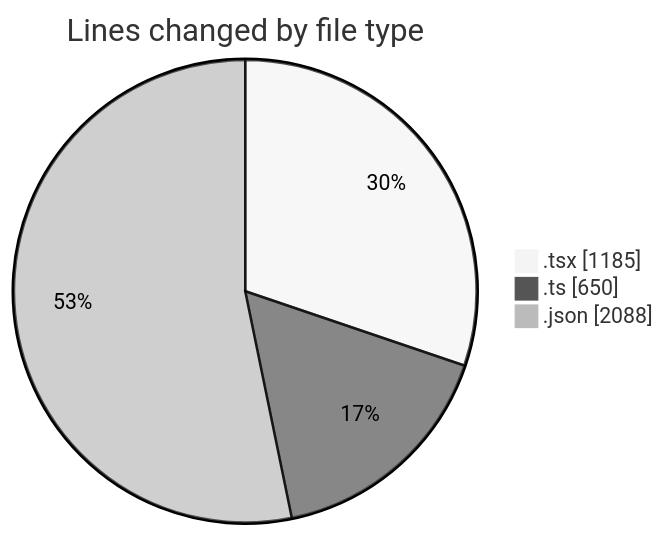
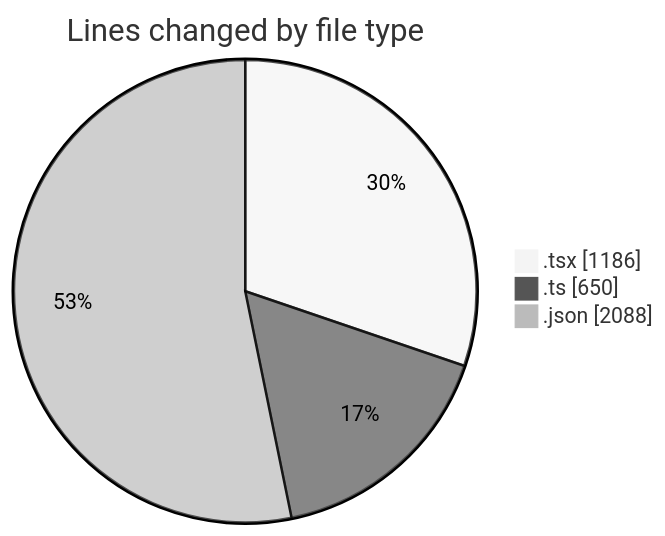
The first of 2 diagrams in 2025-10-31/eventscop-frontend-guide__workspace_/README.md (julien-gomy/code-tracking), drawn with Mermaid (neutral theme) before and after one commit. The commit also changed other lines of this file and 1 other file, not shown here.

````diff
--- a/2025-10-31/eventscop-frontend-guide__workspace_/README.md
+++ b/2025-10-31/eventscop-frontend-guide__workspace_/README.md
@@ -32,7 +32,7 @@
 ```mermaid
 pie showData
 title Lines changed by file type
-".tsx" : 1185
+".tsx" : 1186
 ".ts" : 650
 ".json" : 2088
 ```
````
